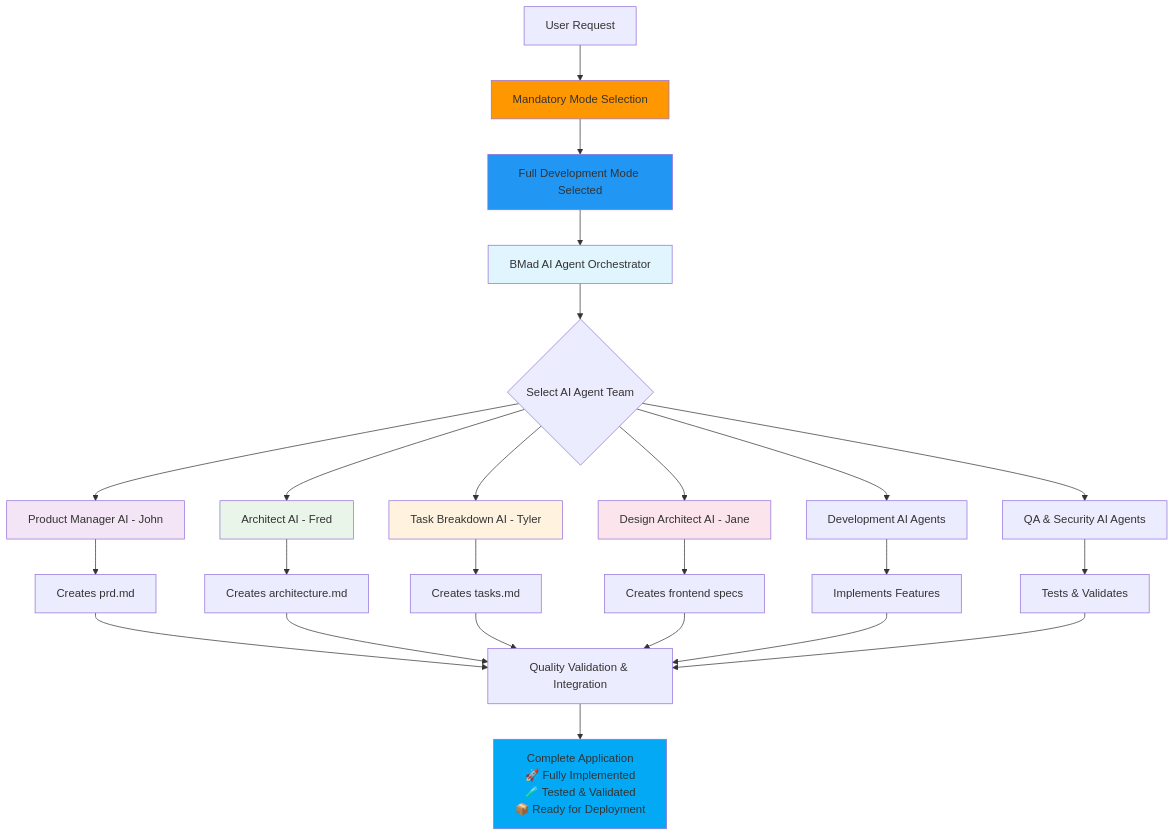
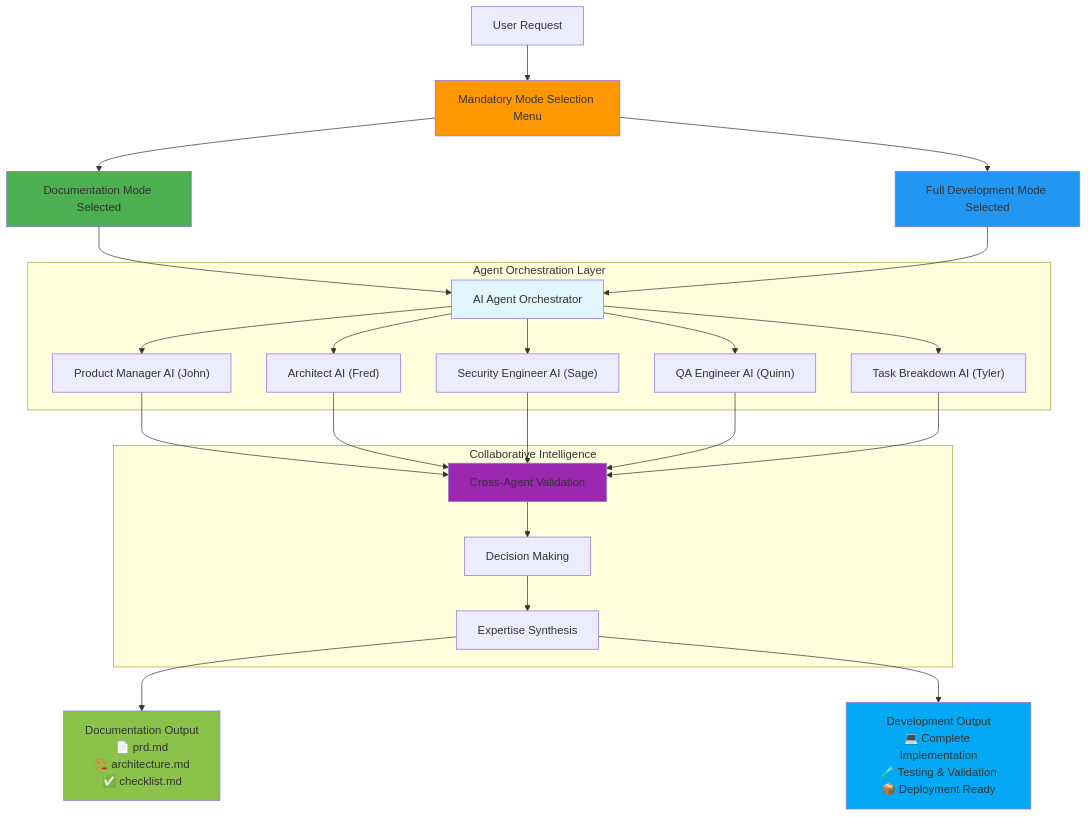
Before and after one commit to usemanusai/CodeMAD: the first of 2 diagrams in README.md, drawn with Mermaid. The commit also changed other lines of this file and 1 other file, not shown here.

````diff
--- a/README.md
+++ b/README.md
@@ -343,40 +107,51 @@
 ```mermaid
-graph TD
-    A[User Request] --> MS[Mandatory Mode Selection]
-    MS --> FM[Full Development Mode Selected]
+graph TB
+    U["User Request"] --> MS["Mandatory Mode Selection Menu"]
 
-    FM --> B[BMad AI Agent Orchestrator]
-    B --> C{Select AI Agent Team}
+    MS --> DM["Documentation Mode Selected"]
+    MS --> FM["Full Development Mode Selected"]
 
-    C --> D[Product Manager AI - John]
-    C --> E[Architect AI - Fred]
-    C --> F[Task Breakdown AI - Tyler]
-    C --> G[Design Architect AI - Jane]
-    C --> H[Development AI Agents]
-    C --> I[QA & Security AI Agents]
+    subgraph "Agent Orchestration Layer"
+        AO["AI Agent Orchestrator"]
+        PM["Product Manager AI (John)"]
+        AR["Architect AI (Fred)"]
+        SE["Security Engineer AI (Sage)"]
+        QA["QA Engineer AI (Quinn)"]
+        TB["Task Breakdown AI (Tyler)"]
+    end
 
-    D --> J[Creates prd.md]
-    E --> K[Creates architecture.md]
-    F --> L[Creates tasks.md]
-    G --> M[Creates frontend specs]
-    H --> N[Implements Features]
-    I --> O[Tests & Validates]
+    DM --> AO
+    FM --> AO
 
-    J --> P[Quality Validation & Integration]
-    K --> P
-    L --> P
-    M --> P
-    N --> P
-    O --> P
+    AO --> PM
+    AO --> AR
+    AO --> SE
+    AO --> QA
+    AO --> TB
 
-    P --> Q[Complete Application<br/>🚀 Fully Implemented<br/>🧪 Tested & Validated<br/>📦 Ready for Deployment]
+    subgraph "Collaborative Intelligence"
+        CV["Cross-Agent Validation"]
+        DM_COLLAB["Decision Making"]
+        ES["Expertise Synthesis"]
+    end
+
+    PM --> CV
+    AR --> CV
+    SE --> CV
+    QA --> CV
+    TB --> CV
+
+    CV --> DM_COLLAB
+    DM_COLLAB --> ES
+
+    ES --> DOC_OUT["Documentation Output<br/>📄 prd.md<br/>🏗️ architecture.md<br/>✅ checklist.md"]
+    ES --> DEV_OUT["Development Output<br/>💻 Complete Implementation<br/>🧪 Testing & Validation<br/>📦 Deployment Ready"]
 
     style MS fill:#ff9800
+    style DM fill:#4caf50
     style FM fill:#2196f3
-    style B fill:#e1f5fe
-    style D fill:#f3e5f5
-    style E fill:#e8f5e8
-    style F fill:#fff3e0
-    style G fill:#fce4ec
-    style Q fill:#03a9f4
+    style AO fill:#e1f5fe
+    style CV fill:#9c27b0
+    style DOC_OUT fill:#8bc34a
+    style DEV_OUT fill:#03a9f4
 ```
````
